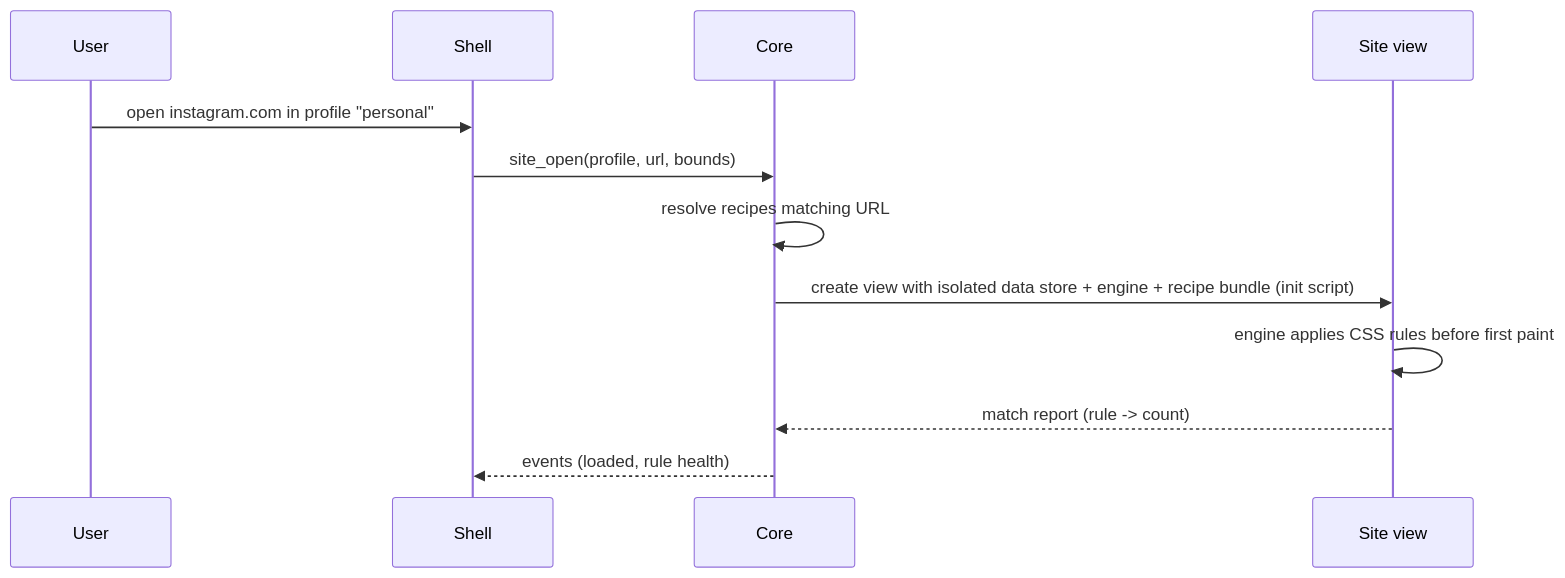
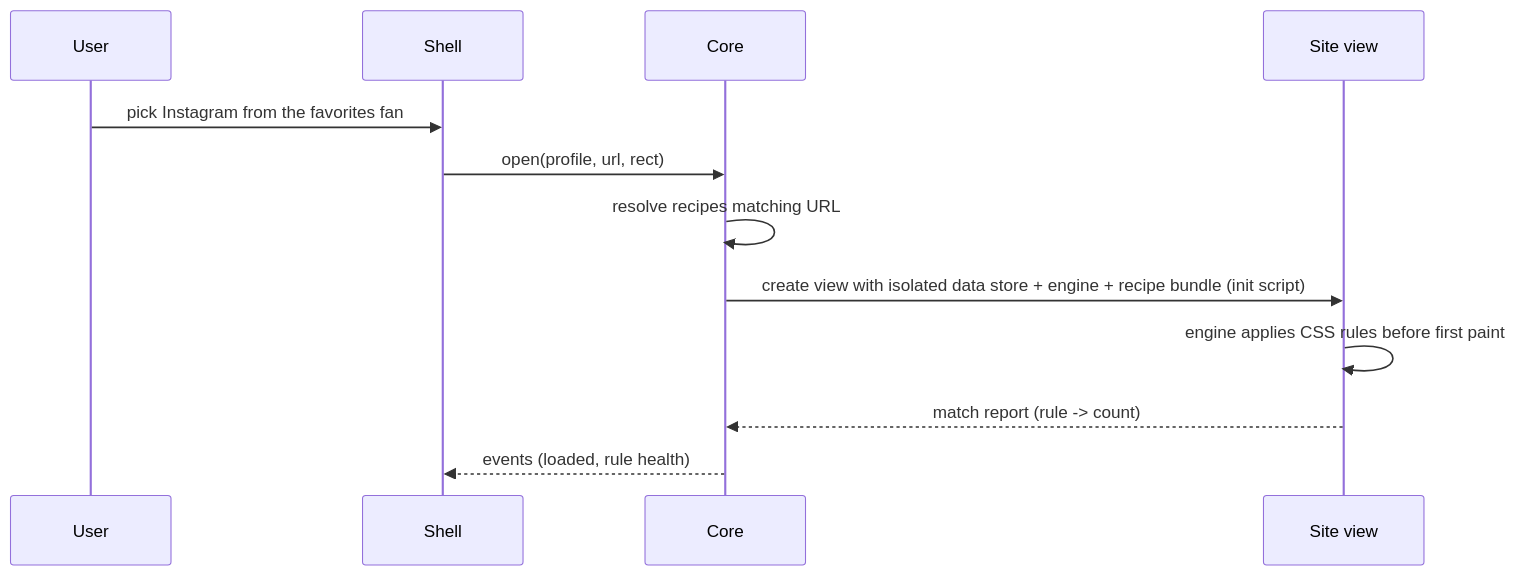
The second of 3 diagrams in docs/wiki/architecture.md (DFanso/openmedia), drawn with Mermaid before and after one commit. The commit also changed other lines of this file and 8 other files, not shown here.

````diff
--- a/docs/wiki/architecture.md
+++ b/docs/wiki/architecture.md
@@ -84,14 +84,14 @@
 ```mermaid
 sequenceDiagram
   participant U as User
   participant S as Shell
   participant C as Core
   participant V as Site view
-  U->>S: open instagram.com in profile "personal"
-  S->>C: site_open(profile, url, bounds)
+  U->>S: pick Instagram from the favorites fan
+  S->>C: open(profile, url, rect)
   C->>C: resolve recipes matching URL
   C->>V: create view with isolated data store + engine + recipe bundle (init script)
   V->>V: engine applies CSS rules before first paint
   V-->>C: match report (rule -> count)
   C-->>S: events (loaded, rule health)
 ```
````
